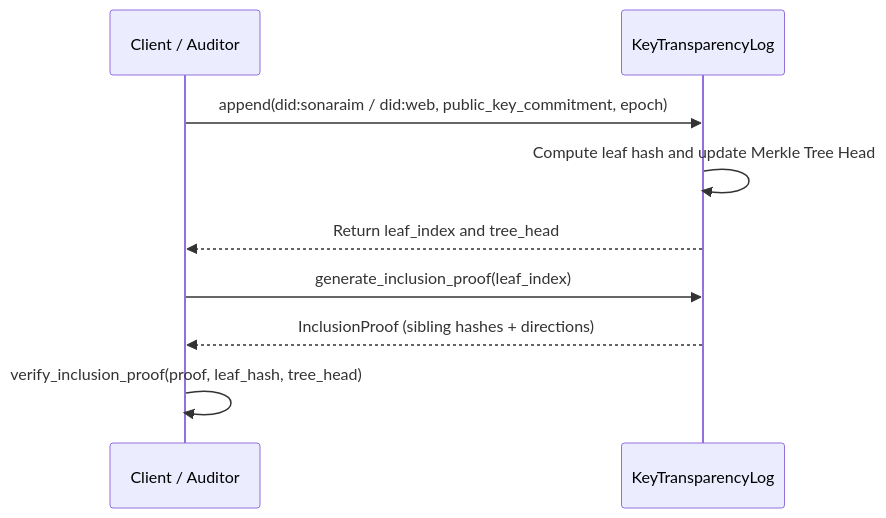
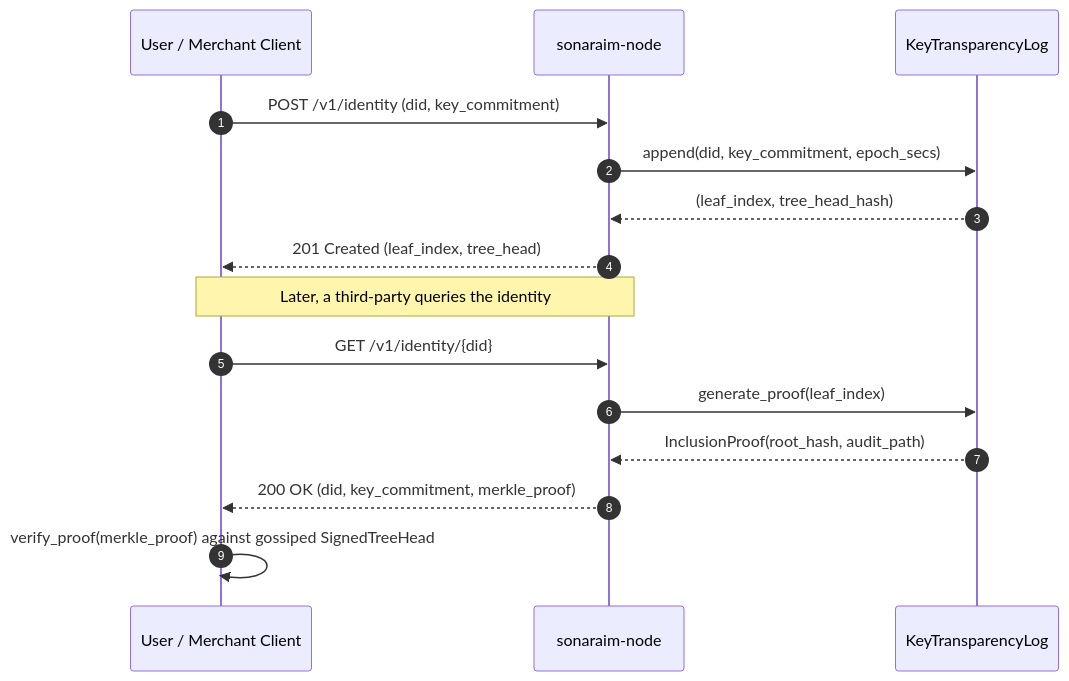
The second of 5 diagrams in docs/DIAGRAMS.md (alfonsodg/sonaraim-node), drawn with Mermaid before and after one commit. The commit also changed other lines of this file and 8 other files, not shown here.

````diff
--- a/docs/DIAGRAMS.md
+++ b/docs/DIAGRAMS.md
@@ -35,12 +33,20 @@
 ```mermaid
 sequenceDiagram
-    participant C as Client / Auditor
-    participant K as KeyTransparencyLog
+    autonumber
+    participant Client as User / Merchant Client
+    participant Node as sonaraim-node
+    participant Log as KeyTransparencyLog
 
-    C->>K: append(did:sonaraim / did:web, public_key_commitment, epoch)
-    K->>K: Compute leaf hash and update Merkle Tree Head
-    K-->>C: Return leaf_index and tree_head
-    C->>K: generate_inclusion_proof(leaf_index)
-    K-->>C: InclusionProof (sibling hashes + directions)
-    C->>C: verify_inclusion_proof(proof, leaf_hash, tree_head)
+    Client->>Node: POST /v1/identity (did, key_commitment)
+    Node->>Log: append(did, key_commitment, epoch_secs)
+    Log-->>Node: (leaf_index, tree_head_hash)
+    Node-->>Client: 201 Created (leaf_index, tree_head)
+
+    Note over Client,Node: Later, a third-party queries the identity
+
+    Client->>Node: GET /v1/identity/{did}
+    Node->>Log: generate_proof(leaf_index)
+    Log-->>Node: InclusionProof(root_hash, audit_path)
+    Node-->>Client: 200 OK (did, key_commitment, merkle_proof)
+    Client->>Client: verify_proof(merkle_proof) against gossiped SignedTreeHead
 ```
````
